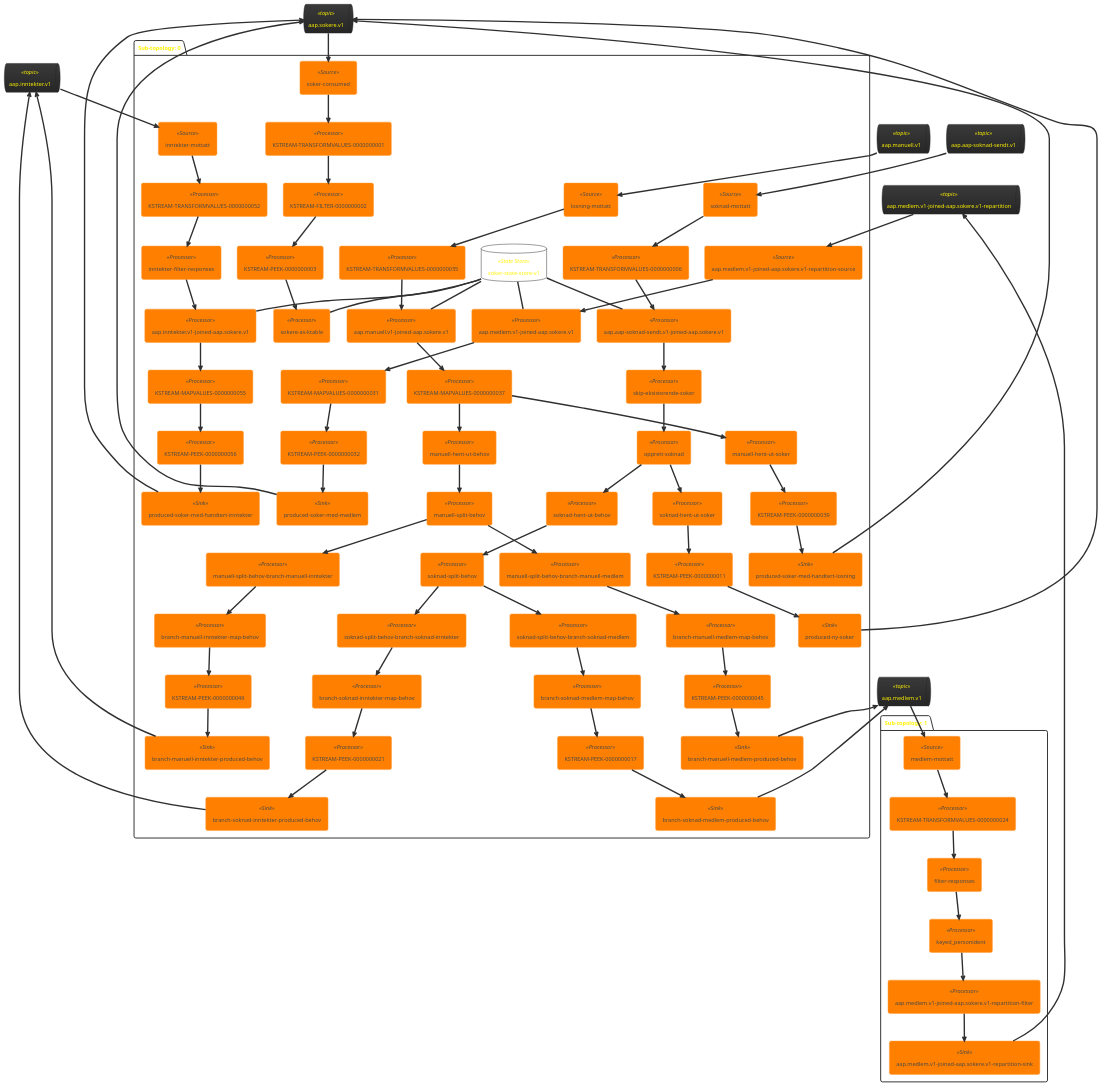
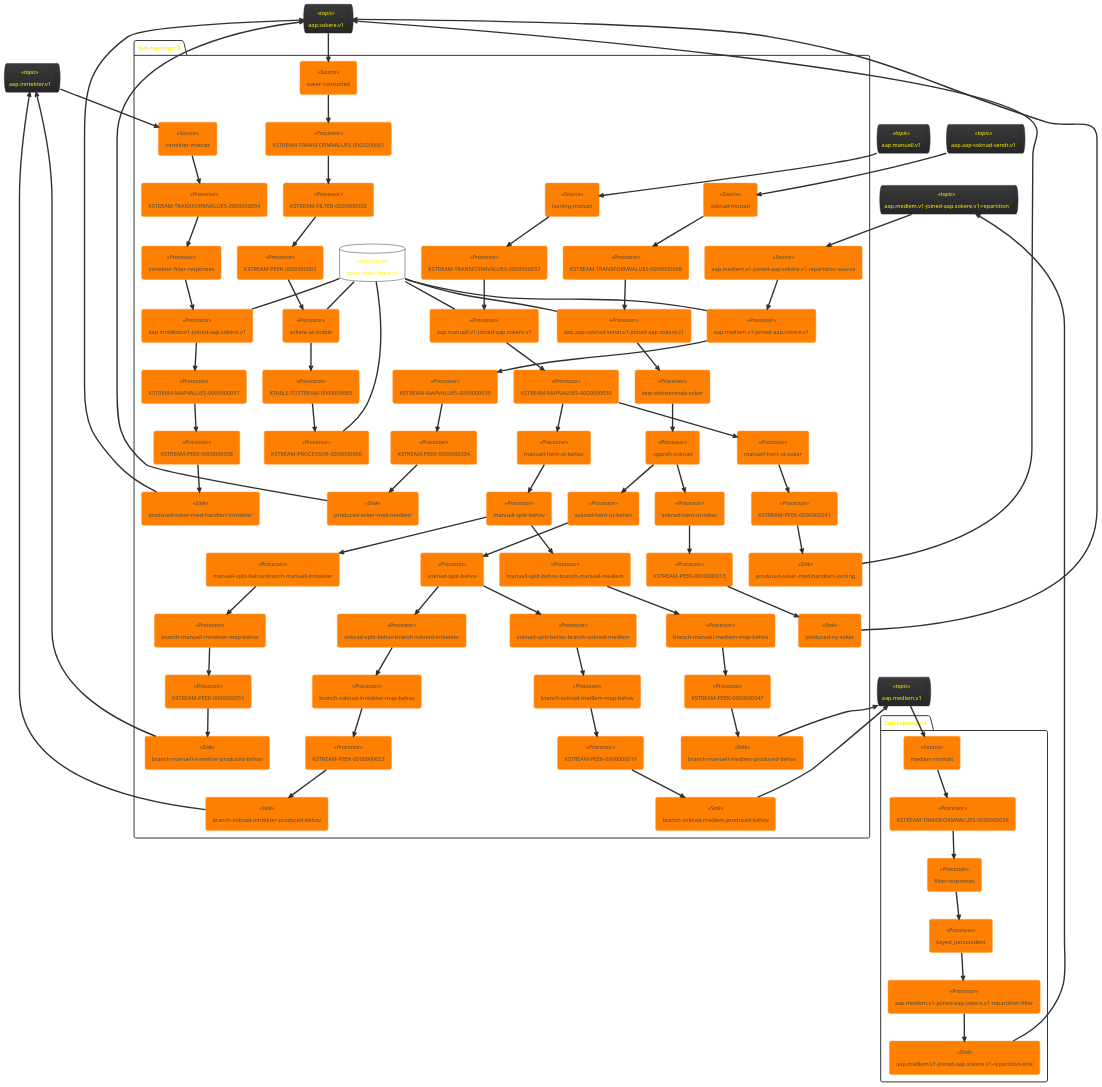
One commit to navikt/aap-vedtak changed the diagram in doc/topology.puml. Above: the diagram before and after it, drawn with PlantUML. The commit also changed 1 other file, not shown here.

```diff
--- a/doc/topology.puml
+++ b/doc/topology.puml
@@ -9,48 +9,51 @@
 package "Sub-topology: 0" {
 	database "soker-state-store-v1" <<State Store>> as soker_state_store_v1
 	agent "soknad-mottatt" <<Source>> as soknad_mottatt
-	agent "KSTREAM-TRANSFORMVALUES-0000000006" <<Processor>> as KSTREAM_TRANSFORMVALUES_0000000006
+	agent "KSTREAM-TRANSFORMVALUES-0000000008" <<Processor>> as KSTREAM_TRANSFORMVALUES_0000000008
 	agent "losning-mottatt" <<Source>> as losning_mottatt
-	agent "KSTREAM-TRANSFORMVALUES-0000000035" <<Processor>> as KSTREAM_TRANSFORMVALUES_0000000035
+	agent "KSTREAM-TRANSFORMVALUES-0000000037" <<Processor>> as KSTREAM_TRANSFORMVALUES_0000000037
 	agent "aap.aap-soknad-sendt.v1-joined-aap.sokere.v1" <<Processor>> as aap_aap_soknad_sendt_v1_joined_aap_sokere_v1
 	agent "aap.manuell.v1-joined-aap.sokere.v1" <<Processor>> as aap_manuell_v1_joined_aap_sokere_v1
 	agent "skip-eksisterende-soker" <<Processor>> as skip_eksisterende_soker
-	agent "KSTREAM-MAPVALUES-0000000037" <<Processor>> as KSTREAM_MAPVALUES_0000000037
+	agent "KSTREAM-MAPVALUES-0000000039" <<Processor>> as KSTREAM_MAPVALUES_0000000039
 	agent "opprett-soknad" <<Processor>> as opprett_soknad
 	agent "manuell-hent-ut-behov" <<Processor>> as manuell_hent_ut_behov
 	agent "soknad-hent-ut-behov" <<Processor>> as soknad_hent_ut_behov
 	agent "manuell-split-behov" <<Processor>> as manuell_split_behov
 	agent "soknad-split-behov" <<Processor>> as soknad_split_behov
 	agent "inntekter-mottatt" <<Source>> as inntekter_mottatt
-	agent "KSTREAM-TRANSFORMVALUES-0000000052" <<Processor>> as KSTREAM_TRANSFORMVALUES_0000000052
+	agent "soker-consumed" <<Source>> as soker_consumed
+	agent "KSTREAM-TRANSFORMVALUES-0000000001" <<Processor>> as KSTREAM_TRANSFORMVALUES_0000000001
+	agent "KSTREAM-TRANSFORMVALUES-0000000054" <<Processor>> as KSTREAM_TRANSFORMVALUES_0000000054
+	agent "KSTREAM-FILTER-0000000002" <<Processor>> as KSTREAM_FILTER_0000000002
 	agent "aap.medlem.v1-joined-aap.sokere.v1-repartition-source" <<Source>> as aap_medlem_v1_joined_aap_sokere_v1_repartition_source
 	agent "inntekter-filter-responses" <<Processor>> as inntekter_filter_responses
-	agent "soker-consumed" <<Source>> as soker_consumed
-	agent "KSTREAM-TRANSFORMVALUES-0000000001" <<Processor>> as KSTREAM_TRANSFORMVALUES_0000000001
+	agent "KSTREAM-PEEK-0000000003" <<Processor>> as KSTREAM_PEEK_0000000003
 	agent "aap.inntekter.v1-joined-aap.sokere.v1" <<Processor>> as aap_inntekter_v1_joined_aap_sokere_v1
 	agent "aap.medlem.v1-joined-aap.sokere.v1" <<Processor>> as aap_medlem_v1_joined_aap_sokere_v1
 	agent "manuell-split-behov-branch-manuell-inntekter" <<Processor>> as manuell_split_behov_branch_manuell_inntekter
 	agent "manuell-split-behov-branch-manuell-medlem" <<Processor>> as manuell_split_behov_branch_manuell_medlem
 	agent "soknad-split-behov-branch-soknad-inntekter" <<Processor>> as soknad_split_behov_branch_soknad_inntekter
 	agent "soknad-split-behov-branch-soknad-medlem" <<Processor>> as soknad_split_behov_branch_soknad_medlem
-	agent "KSTREAM-FILTER-0000000002" <<Processor>> as KSTREAM_FILTER_0000000002
-	agent "KSTREAM-MAPVALUES-0000000031" <<Processor>> as KSTREAM_MAPVALUES_0000000031
-	agent "KSTREAM-MAPVALUES-0000000055" <<Processor>> as KSTREAM_MAPVALUES_0000000055
+	agent "KSTREAM-MAPVALUES-0000000033" <<Processor>> as KSTREAM_MAPVALUES_0000000033
+	agent "KSTREAM-MAPVALUES-0000000057" <<Processor>> as KSTREAM_MAPVALUES_0000000057
 	agent "branch-manuell-inntekter-map-behov" <<Processor>> as branch_manuell_inntekter_map_behov
 	agent "branch-manuell-medlem-map-behov" <<Processor>> as branch_manuell_medlem_map_behov
 	agent "branch-soknad-inntekter-map-behov" <<Processor>> as branch_soknad_inntekter_map_behov
 	agent "branch-soknad-medlem-map-behov" <<Processor>> as branch_soknad_medlem_map_behov
 	agent "manuell-hent-ut-soker" <<Processor>> as manuell_hent_ut_soker
+	agent "sokere-as-ktable" <<Processor>> as sokere_as_ktable
 	agent "soknad-hent-ut-soker" <<Processor>> as soknad_hent_ut_soker
-	agent "KSTREAM-PEEK-0000000003" <<Processor>> as KSTREAM_PEEK_0000000003
-	agent "KSTREAM-PEEK-0000000011" <<Processor>> as KSTREAM_PEEK_0000000011
-	agent "KSTREAM-PEEK-0000000017" <<Processor>> as KSTREAM_PEEK_0000000017
-	agent "KSTREAM-PEEK-0000000021" <<Processor>> as KSTREAM_PEEK_0000000021
-	agent "KSTREAM-PEEK-0000000032" <<Processor>> as KSTREAM_PEEK_0000000032
-	agent "KSTREAM-PEEK-0000000039" <<Processor>> as KSTREAM_PEEK_0000000039
-	agent "KSTREAM-PEEK-0000000045" <<Processor>> as KSTREAM_PEEK_0000000045
-	agent "KSTREAM-PEEK-0000000049" <<Processor>> as KSTREAM_PEEK_0000000049
-	agent "KSTREAM-PEEK-0000000056" <<Processor>> as KSTREAM_PEEK_0000000056
+	agent "KSTREAM-PEEK-0000000013" <<Processor>> as KSTREAM_PEEK_0000000013
+	agent "KSTREAM-PEEK-0000000019" <<Processor>> as KSTREAM_PEEK_0000000019
+	agent "KSTREAM-PEEK-0000000023" <<Processor>> as KSTREAM_PEEK_0000000023
+	agent "KSTREAM-PEEK-0000000034" <<Processor>> as KSTREAM_PEEK_0000000034
+	agent "KSTREAM-PEEK-0000000041" <<Processor>> as KSTREAM_PEEK_0000000041
+	agent "KSTREAM-PEEK-0000000047" <<Processor>> as KSTREAM_PEEK_0000000047
+	agent "KSTREAM-PEEK-0000000051" <<Processor>> as KSTREAM_PEEK_0000000051
+	agent "KSTREAM-PEEK-0000000058" <<Processor>> as KSTREAM_PEEK_0000000058
+	agent "KTABLE-TOSTREAM-0000000005" <<Processor>> as KTABLE_TOSTREAM_0000000005
+	agent "KSTREAM-PROCESSOR-0000000006" <<Processor>> as KSTREAM_PROCESSOR_0000000006
 	agent "branch-manuell-inntekter-produced-behov" <<Sink>> as branch_manuell_inntekter_produced_behov
 	agent "branch-manuell-medlem-produced-behov" <<Sink>> as branch_manuell_medlem_produced_behov
 	agent "branch-soknad-inntekter-produced-behov" <<Sink>> as branch_soknad_inntekter_produced_behov
@@ -59,16 +62,17 @@
 	agent "produced-soker-med-handtert-inntekter" <<Sink>> as produced_soker_med_handtert_inntekter
 	agent "produced-soker-med-handtert-losning" <<Sink>> as produced_soker_med_handtert_losning
 	agent "produced-soker-med-medlem" <<Sink>> as produced_soker_med_medlem
-	agent "sokere-as-ktable" <<Processor>> as sokere_as_ktable
 	aap_aap_soknad_sendt_v1 --> soknad_mottatt
 	aap_manuell_v1 --> losning_mottatt
 	soker_state_store_v1 -- aap_aap_soknad_sendt_v1_joined_aap_sokere_v1
 	soker_state_store_v1 -- aap_manuell_v1_joined_aap_sokere_v1
 	aap_inntekter_v1 --> inntekter_mottatt
+	aap_sokere_v1 --> soker_consumed
 	aap_medlem_v1_joined_aap_sokere_v1_repartition --> aap_medlem_v1_joined_aap_sokere_v1_repartition_source
-	aap_sokere_v1 --> soker_consumed
 	soker_state_store_v1 -- aap_inntekter_v1_joined_aap_sokere_v1
 	soker_state_store_v1 -- aap_medlem_v1_joined_aap_sokere_v1
+	soker_state_store_v1 -- sokere_as_ktable
+	soker_state_store_v1 -- KSTREAM_PROCESSOR_0000000006
 	aap_inntekter_v1 <-- branch_manuell_inntekter_produced_behov
 	aap_medlem_v1 <-- branch_manuell_medlem_produced_behov
 	aap_inntekter_v1 <-- branch_soknad_inntekter_produced_behov
@@ -77,16 +81,15 @@
 	aap_sokere_v1 <-- produced_soker_med_handtert_inntekter
 	aap_sokere_v1 <-- produced_soker_med_handtert_losning
 	aap_sokere_v1 <-- produced_soker_med_medlem
-	soker_state_store_v1 -- sokere_as_ktable
-	soknad_mottatt --> KSTREAM_TRANSFORMVALUES_0000000006
-	KSTREAM_TRANSFORMVALUES_0000000006 --> aap_aap_soknad_sendt_v1_joined_aap_sokere_v1
-	losning_mottatt --> KSTREAM_TRANSFORMVALUES_0000000035
-	KSTREAM_TRANSFORMVALUES_0000000035 --> aap_manuell_v1_joined_aap_sokere_v1
+	soknad_mottatt --> KSTREAM_TRANSFORMVALUES_0000000008
+	KSTREAM_TRANSFORMVALUES_0000000008 --> aap_aap_soknad_sendt_v1_joined_aap_sokere_v1
+	losning_mottatt --> KSTREAM_TRANSFORMVALUES_0000000037
+	KSTREAM_TRANSFORMVALUES_0000000037 --> aap_manuell_v1_joined_aap_sokere_v1
 	aap_aap_soknad_sendt_v1_joined_aap_sokere_v1 --> skip_eksisterende_soker
-	aap_manuell_v1_joined_aap_sokere_v1 --> KSTREAM_MAPVALUES_0000000037
+	aap_manuell_v1_joined_aap_sokere_v1 --> KSTREAM_MAPVALUES_0000000039
 	skip_eksisterende_soker --> opprett_soknad
-	KSTREAM_MAPVALUES_0000000037 --> manuell_hent_ut_behov
-	KSTREAM_MAPVALUES_0000000037 --> manuell_hent_ut_soker
+	KSTREAM_MAPVALUES_0000000039 --> manuell_hent_ut_behov
+	KSTREAM_MAPVALUES_0000000039 --> manuell_hent_ut_soker
 	opprett_soknad --> soknad_hent_ut_behov
 	opprett_soknad --> soknad_hent_ut_soker
 	manuell_hent_ut_behov --> manuell_split_behov
@@ -95,48 +98,50 @@
 	manuell_split_behov --> manuell_split_behov_branch_manuell_medlem
 	soknad_split_behov --> soknad_split_behov_branch_soknad_medlem
 	soknad_split_behov --> soknad_split_behov_branch_soknad_inntekter
-	inntekter_mottatt --> KSTREAM_TRANSFORMVALUES_0000000052
-	KSTREAM_TRANSFORMVALUES_0000000052 --> inntekter_filter_responses
+	inntekter_mottatt --> KSTREAM_TRANSFORMVALUES_0000000054
+	soker_consumed --> KSTREAM_TRANSFORMVALUES_0000000001
+	KSTREAM_TRANSFORMVALUES_0000000001 --> KSTREAM_FILTER_0000000002
+	KSTREAM_TRANSFORMVALUES_0000000054 --> inntekter_filter_responses
+	KSTREAM_FILTER_0000000002 --> KSTREAM_PEEK_0000000003
 	aap_medlem_v1_joined_aap_sokere_v1_repartition_source --> aap_medlem_v1_joined_aap_sokere_v1
 	inntekter_filter_responses --> aap_inntekter_v1_joined_aap_sokere_v1
-	soker_consumed --> KSTREAM_TRANSFORMVALUES_0000000001
-	KSTREAM_TRANSFORMVALUES_0000000001 --> KSTREAM_FILTER_0000000002
-	aap_inntekter_v1_joined_aap_sokere_v1 --> KSTREAM_MAPVALUES_0000000055
-	aap_medlem_v1_joined_aap_sokere_v1 --> KSTREAM_MAPVALUES_0000000031
+	KSTREAM_PEEK_0000000003 --> sokere_as_ktable
+	aap_inntekter_v1_joined_aap_sokere_v1 --> KSTREAM_MAPVALUES_0000000057
+	aap_medlem_v1_joined_aap_sokere_v1 --> KSTREAM_MAPVALUES_0000000033
 	manuell_split_behov_branch_manuell_inntekter --> branch_manuell_inntekter_map_behov
 	manuell_split_behov_branch_manuell_medlem --> branch_manuell_medlem_map_behov
 	soknad_split_behov_branch_soknad_inntekter --> branch_soknad_inntekter_map_behov
 	soknad_split_behov_branch_soknad_medlem --> branch_soknad_medlem_map_behov
-	KSTREAM_FILTER_0000000002 --> KSTREAM_PEEK_0000000003
-	KSTREAM_MAPVALUES_0000000031 --> KSTREAM_PEEK_0000000032
-	KSTREAM_MAPVALUES_0000000055 --> KSTREAM_PEEK_0000000056
-	branch_manuell_inntekter_map_behov --> KSTREAM_PEEK_0000000049
-	branch_manuell_medlem_map_behov --> KSTREAM_PEEK_0000000045
-	branch_soknad_inntekter_map_behov --> KSTREAM_PEEK_0000000021
-	branch_soknad_medlem_map_behov --> KSTREAM_PEEK_0000000017
-	manuell_hent_ut_soker --> KSTREAM_PEEK_0000000039
-	soknad_hent_ut_soker --> KSTREAM_PEEK_0000000011
-	KSTREAM_PEEK_0000000003 --> sokere_as_ktable
-	KSTREAM_PEEK_0000000011 --> produced_ny_soker
-	KSTREAM_PEEK_0000000017 --> branch_soknad_medlem_produced_behov
-	KSTREAM_PEEK_0000000021 --> branch_soknad_inntekter_produced_behov
-	KSTREAM_PEEK_0000000032 --> produced_soker_med_medlem
-	KSTREAM_PEEK_0000000039 --> produced_soker_med_handtert_losning
-	KSTREAM_PEEK_0000000045 --> branch_manuell_medlem_produced_behov
-	KSTREAM_PEEK_0000000049 --> branch_manuell_inntekter_produced_behov
-	KSTREAM_PEEK_0000000056 --> produced_soker_med_handtert_inntekter
+	KSTREAM_MAPVALUES_0000000033 --> KSTREAM_PEEK_0000000034
+	KSTREAM_MAPVALUES_0000000057 --> KSTREAM_PEEK_0000000058
+	branch_manuell_inntekter_map_behov --> KSTREAM_PEEK_0000000051
+	branch_manuell_medlem_map_behov --> KSTREAM_PEEK_0000000047
+	branch_soknad_inntekter_map_behov --> KSTREAM_PEEK_0000000023
+	branch_soknad_medlem_map_behov --> KSTREAM_PEEK_0000000019
+	manuell_hent_ut_soker --> KSTREAM_PEEK_0000000041
+	sokere_as_ktable --> KTABLE_TOSTREAM_0000000005
+	soknad_hent_ut_soker --> KSTREAM_PEEK_0000000013
+	KSTREAM_PEEK_0000000013 --> produced_ny_soker
+	KSTREAM_PEEK_0000000019 --> branch_soknad_medlem_produced_behov
+	KSTREAM_PEEK_0000000023 --> branch_soknad_inntekter_produced_behov
+	KSTREAM_PEEK_0000000034 --> produced_soker_med_medlem
+	KSTREAM_PEEK_0000000041 --> produced_soker_med_handtert_losning
+	KSTREAM_PEEK_0000000047 --> branch_manuell_medlem_produced_behov
+	KSTREAM_PEEK_0000000051 --> branch_manuell_inntekter_produced_behov
+	KSTREAM_PEEK_0000000058 --> produced_soker_med_handtert_inntekter
+	KTABLE_TOSTREAM_0000000005 --> KSTREAM_PROCESSOR_0000000006
 }
 package "Sub-topology: 1" {
 	agent "medlem-mottatt" <<Source>> as medlem_mottatt
-	agent "KSTREAM-TRANSFORMVALUES-0000000024" <<Processor>> as KSTREAM_TRANSFORMVALUES_0000000024
+	agent "KSTREAM-TRANSFORMVALUES-0000000026" <<Processor>> as KSTREAM_TRANSFORMVALUES_0000000026
 	agent "filter-responses" <<Processor>> as filter_responses
 	agent "keyed_personident" <<Processor>> as keyed_personident
 	agent "aap.medlem.v1-joined-aap.sokere.v1-repartition-filter" <<Processor>> as aap_medlem_v1_joined_aap_sokere_v1_repartition_filter
 	agent "aap.medlem.v1-joined-aap.sokere.v1-repartition-sink" <<Sink>> as aap_medlem_v1_joined_aap_sokere_v1_repartition_sink
 	aap_medlem_v1 --> medlem_mottatt
 	aap_medlem_v1_joined_aap_sokere_v1_repartition <-- aap_medlem_v1_joined_aap_sokere_v1_repartition_sink
-	medlem_mottatt --> KSTREAM_TRANSFORMVALUES_0000000024
-	KSTREAM_TRANSFORMVALUES_0000000024 --> filter_responses
+	medlem_mottatt --> KSTREAM_TRANSFORMVALUES_0000000026
+	KSTREAM_TRANSFORMVALUES_0000000026 --> filter_responses
 	filter_responses --> keyed_personident
 	keyed_personident --> aap_medlem_v1_joined_aap_sokere_v1_repartition_filter
 	aap_medlem_v1_joined_aap_sokere_v1_repartition_filter --> aap_medlem_v1_joined_aap_sokere_v1_repartition_sink
```
